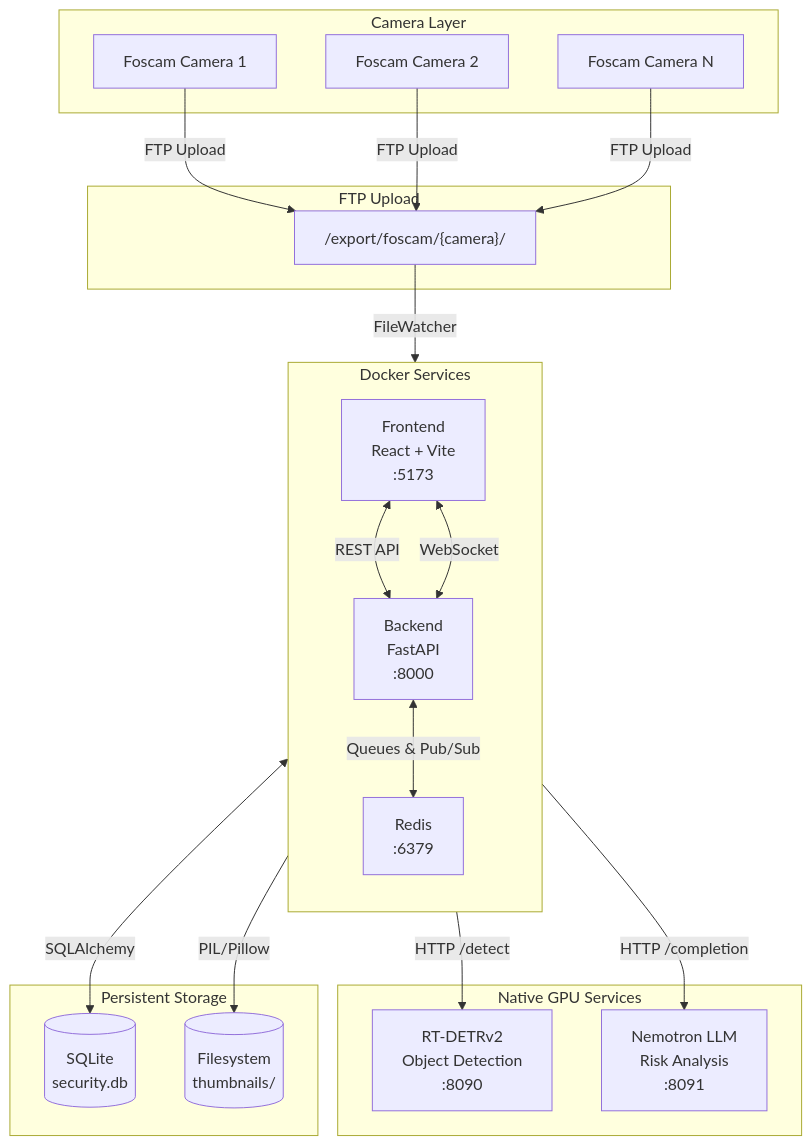
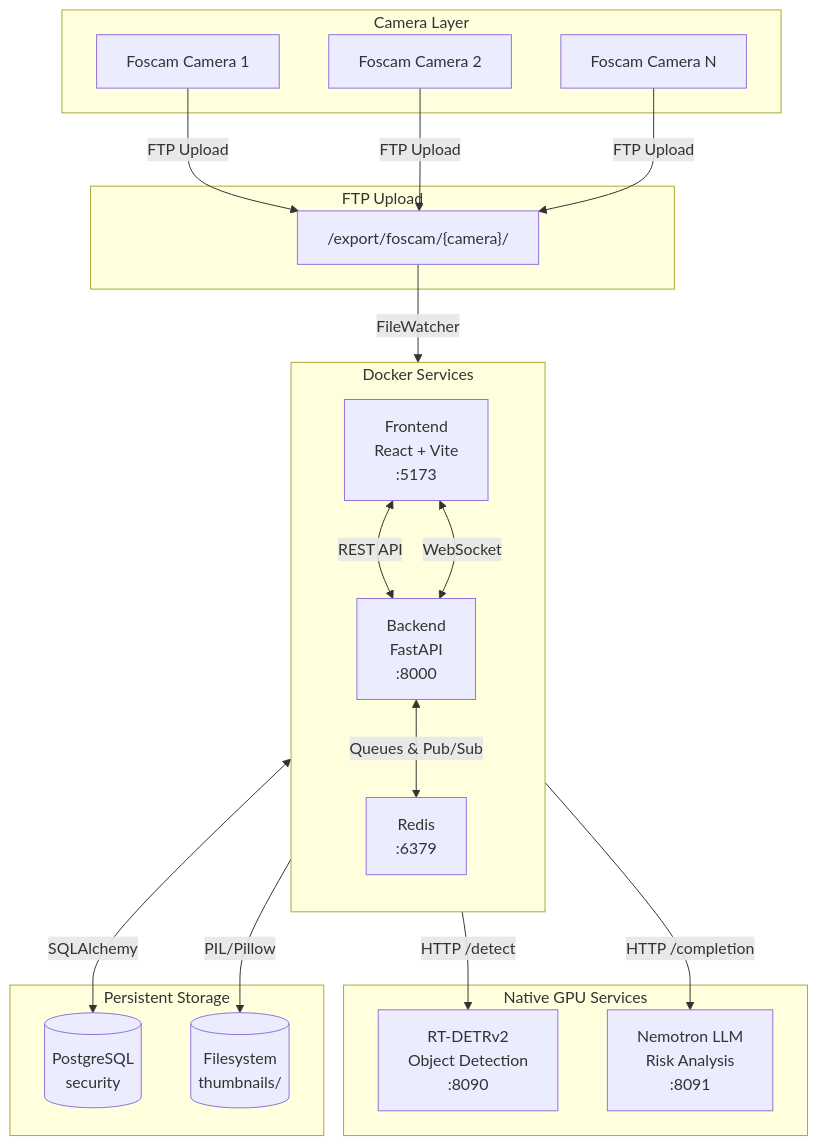
One commit to mikesvoboda/nemotron-v3-home-security-intelligence changed the first of 7 diagrams in docs/architecture/overview.md. Above: the diagram before and after it, drawn with Mermaid. The commit also changed other lines of this file and 9 other files, not shown here.

First line of the commit message:
docs: replace SQLite references with PostgreSQL throughout documentation (#52)

````diff
--- a/docs/architecture/overview.md
+++ b/docs/architecture/overview.md
@@ -51,39 +51,39 @@
 ```mermaid
 flowchart TB
     subgraph Cameras["Camera Layer"]
         CAM1[Foscam Camera 1]
         CAM2[Foscam Camera 2]
         CAM3[Foscam Camera N]
     end
 
     subgraph FTP["FTP Upload"]
         FTPS["/export/foscam/{camera}/"]
     end
 
     subgraph Docker["Docker Services"]
         direction TB
         FE["Frontend<br/>React + Vite<br/>:5173"]
         BE["Backend<br/>FastAPI<br/>:8000"]
         RD["Redis<br/>:6379"]
     end
 
     subgraph Native["Native GPU Services"]
         DET["RT-DETRv2<br/>Object Detection<br/>:8090"]
         LLM["Nemotron LLM<br/>Risk Analysis<br/>:8091"]
     end
 
     subgraph Storage["Persistent Storage"]
-        DB[(SQLite<br/>security.db)]
+        DB[(PostgreSQL<br/>security)]
         FS[("Filesystem<br/>thumbnails/")]
     end
 
     CAM1 & CAM2 & CAM3 -->|FTP Upload| FTPS
     FTPS -->|FileWatcher| BE
     BE <-->|Queues & Pub/Sub| RD
     BE -->|HTTP /detect| DET
     BE -->|HTTP /completion| LLM
     BE <-->|SQLAlchemy| DB
     BE -->|PIL/Pillow| FS
     FE <-->|REST API| BE
     FE <-->|WebSocket| BE
 ```
````
